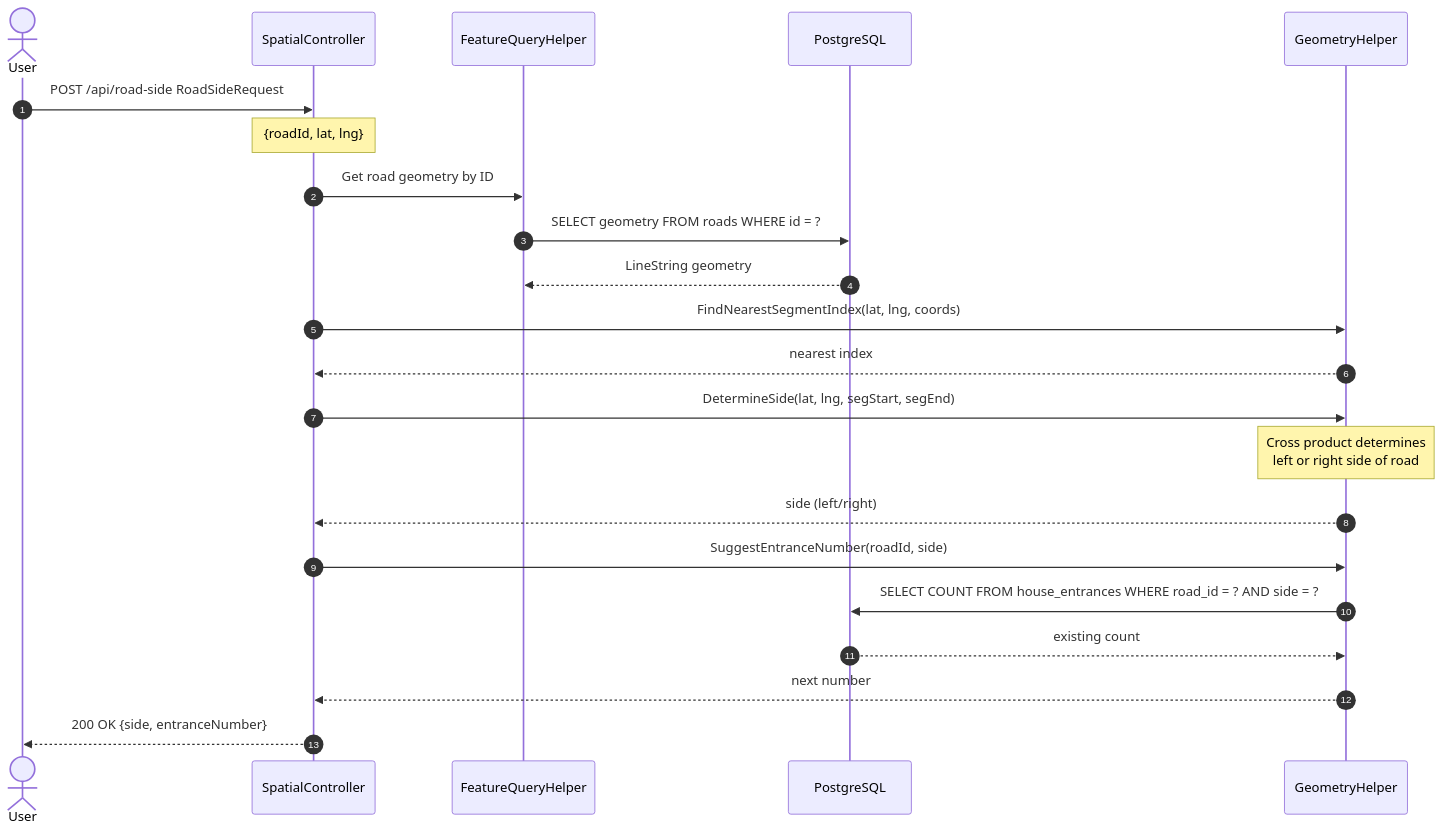
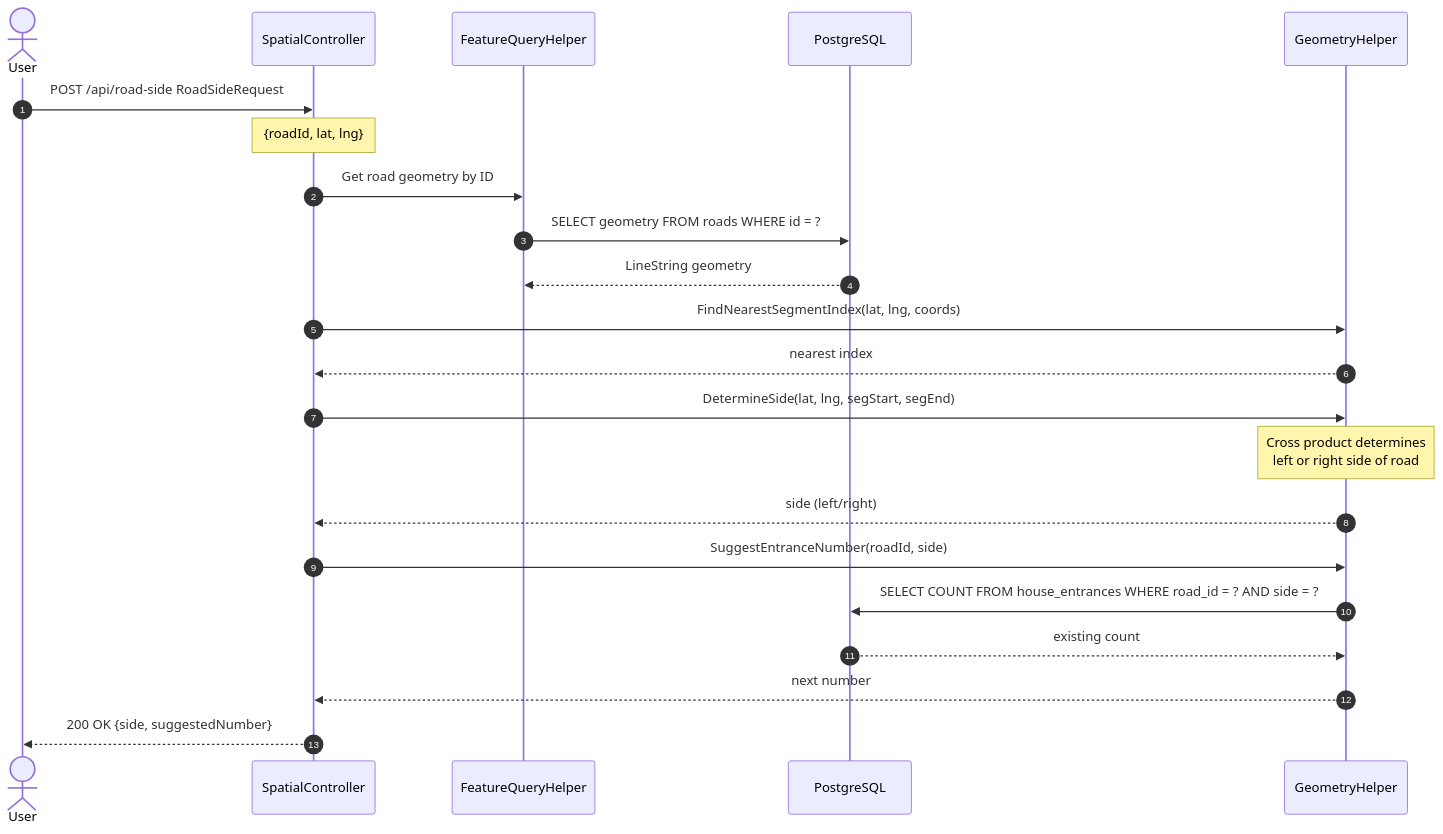
One commit to Zuhir-Benslama/NARS changed the seventh of 7 diagrams in docs/uml/nars-sequence-diagram.md. Above: the diagram before and after it, drawn with Mermaid. The commit also changed 21 other files, not shown here.

````diff
--- a/docs/uml/nars-sequence-diagram.md
+++ b/docs/uml/nars-sequence-diagram.md
@@ -280,30 +280,30 @@
 ```mermaid
 sequenceDiagram
     autonumber
     actor User
     participant SpatialController
     participant FeatureQueryHelper
     participant PostgreSQL
     participant GeometryHelper
 
     User->>SpatialController: POST /api/road-side RoadSideRequest
     Note over SpatialController: {roadId, lat, lng}
 
     SpatialController->>FeatureQueryHelper: Get road geometry by ID
     FeatureQueryHelper->>PostgreSQL: SELECT geometry FROM roads WHERE id = ?
     PostgreSQL-->>FeatureQueryHelper: LineString geometry
 
     SpatialController->>GeometryHelper: FindNearestSegmentIndex(lat, lng, coords)
     GeometryHelper-->>SpatialController: nearest index
 
     SpatialController->>GeometryHelper: DetermineSide(lat, lng, segStart, segEnd)
     Note over GeometryHelper: Cross product determines<br/>left or right side of road
     GeometryHelper-->>SpatialController: side (left/right)
 
     SpatialController->>GeometryHelper: SuggestEntranceNumber(roadId, side)
     GeometryHelper->>PostgreSQL: SELECT COUNT FROM house_entrances WHERE road_id = ? AND side = ?
     PostgreSQL-->>GeometryHelper: existing count
     GeometryHelper-->>SpatialController: next number
 
-    SpatialController-->>User: 200 OK {side, entranceNumber}
+    SpatialController-->>User: 200 OK {side, suggestedNumber}
 ```
````
